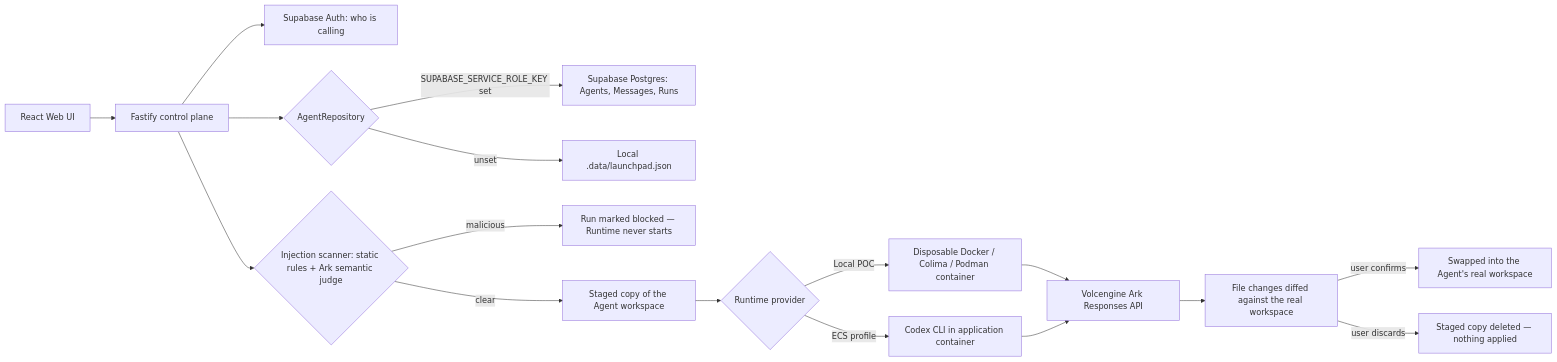
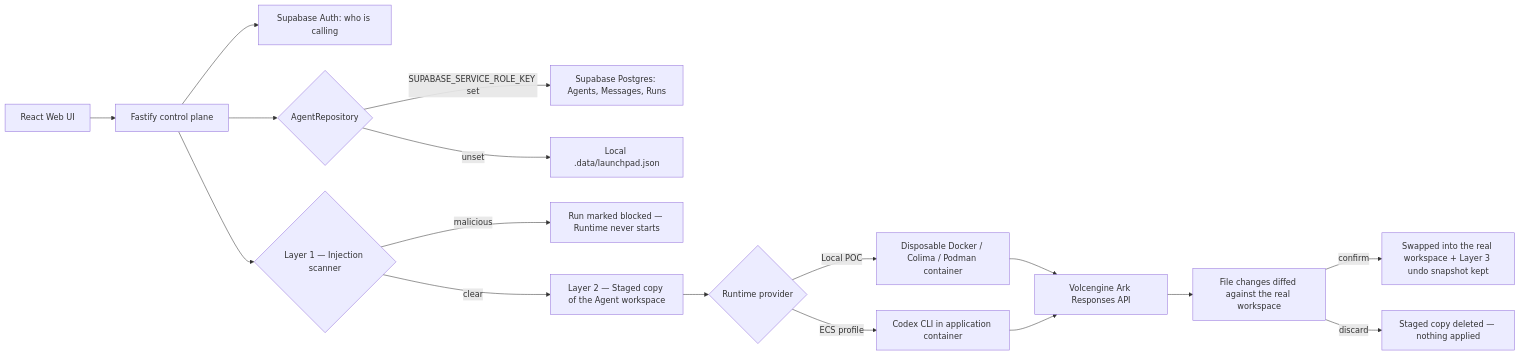
One commit to yantattan/codejam-agent-launchpad changed the second of 2 diagrams in README.md. Above: the diagram before and after it, drawn with Mermaid. The commit also changed other lines of this file, not shown here.

````diff
--- a/README.md
+++ b/README.md
@@ -324,19 +293,19 @@
 ```mermaid
 flowchart LR
     UI["React Web UI"] --> API["Fastify control plane"]
     API --> Auth["Supabase Auth: who is calling"]
     API --> Repo{"AgentRepository"}
     Repo -->|SUPABASE_SERVICE_ROLE_KEY set| PG["Supabase Postgres: Agents, Messages, Runs"]
     Repo -->|unset| JSON["Local .data/launchpad.json"]
-    API --> Scan{"Injection scanner: static rules + Ark semantic judge"}
+    API --> Scan{"Layer 1 — Injection scanner"}
     Scan -->|malicious| Blocked["Run marked blocked — Runtime never starts"]
-    Scan -->|clear| Stage["Staged copy of the Agent workspace"]
+    Scan -->|clear| Stage["Layer 2 — Staged copy of the Agent workspace"]
     Stage --> Runtime{"Runtime provider"}
     Runtime -->|Local POC| Container["Disposable Docker / Colima / Podman container"]
     Runtime -->|ECS profile| Codex["Codex CLI in application container"]
     Container --> Ark["Volcengine Ark Responses API"]
     Codex --> Ark
     Ark --> Diff["File changes diffed against the real workspace"]
-    Diff -->|user confirms| Commit["Swapped into the Agent's real workspace"]
-    Diff -->|user discards| Discard["Staged copy deleted — nothing applied"]
+    Diff -->|confirm| Commit["Swapped into the real workspace + Layer 3 undo snapshot kept"]
+    Diff -->|discard| Discard["Staged copy deleted — nothing applied"]
 ```
````
